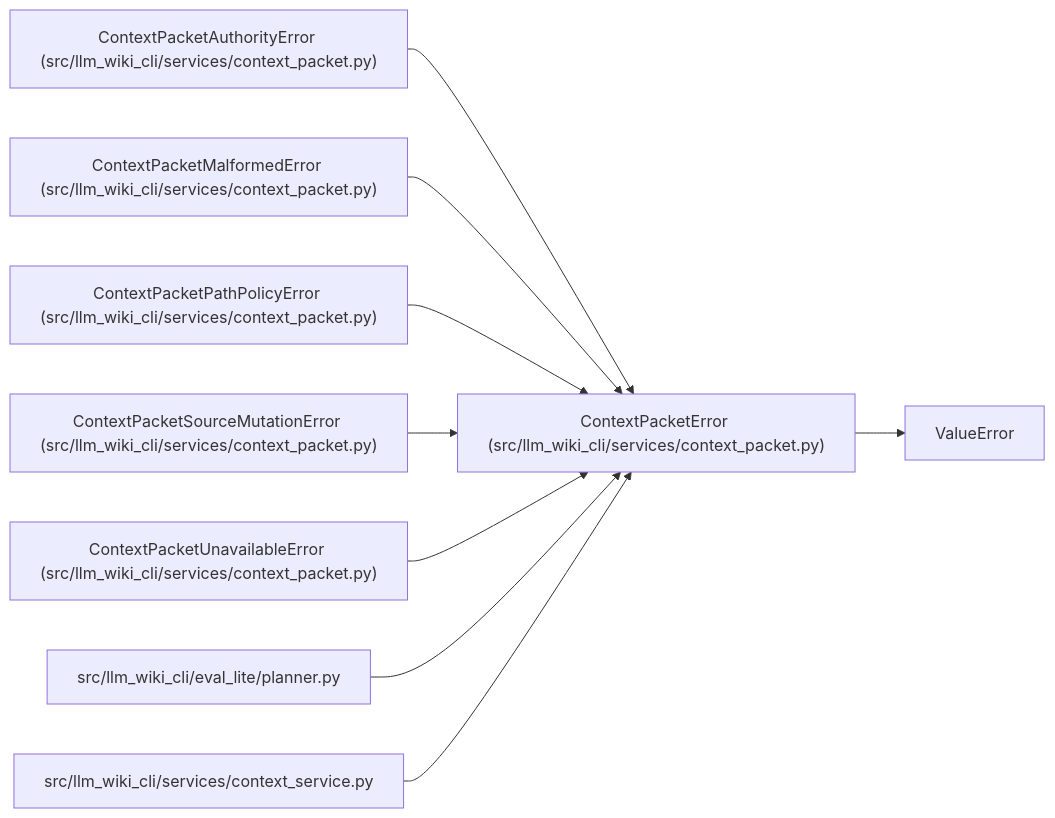
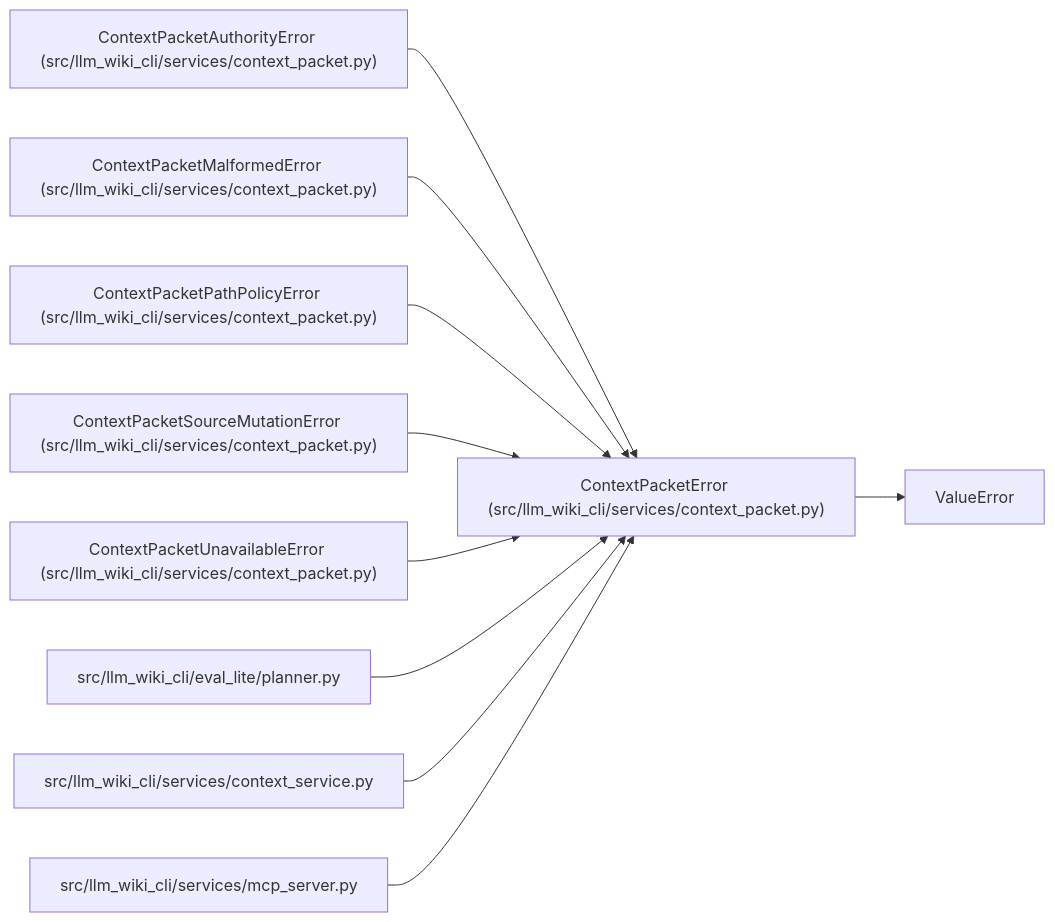
Before and after one commit to Denissvgn/python-wiki-llm: the diagram in docs/llm_wiki/entities/ContextPacketError.md, drawn with Mermaid. The commit also changed other lines of this file and 631 other files, not shown here.

````diff
--- a/docs/llm_wiki/entities/ContextPacketError.md
+++ b/docs/llm_wiki/entities/ContextPacketError.md
@@ -23,28 +23,31 @@
 ```mermaid
 flowchart LR
     n0["ContextPacketError (src/llm_wiki_cli/services/context_packet.py)"]
     n1["ValueError"]
     n2["ContextPacketAuthorityError (src/llm_wiki_cli/services/context_packet.py)"]
     n3["ContextPacketMalformedError (src/llm_wiki_cli/services/context_packet.py)"]
     n4["ContextPacketPathPolicyError (src/llm_wiki_cli/services/context_packet.py)"]
     n5["ContextPacketSourceMutationError (src/llm_wiki_cli/services/context_packet.py)"]
     n6["ContextPacketUnavailableError (src/llm_wiki_cli/services/context_packet.py)"]
     n7["src/llm_wiki_cli/eval_lite/planner.py"]
     n8["src/llm_wiki_cli/services/context_service.py"]
+    n9["src/llm_wiki_cli/services/mcp_server.py"]
     n0 --> n1
     n2 --> n0
     n3 --> n0
     n4 --> n0
     n5 --> n0
     n6 --> n0
     n7 --> n0
     n8 --> n0
+    n9 --> n0
     click n0 "../modules/context_packet.md"
     click n2 "../modules/context_packet.md"
     click n3 "../modules/context_packet.md"
     click n4 "../modules/context_packet.md"
     click n5 "../modules/context_packet.md"
     click n6 "../modules/context_packet.md"
     click n7 "../modules/planner.md"
     click n8 "../modules/context_service.md"
+    click n9 "../modules/mcp_server.md"
 ```
````
